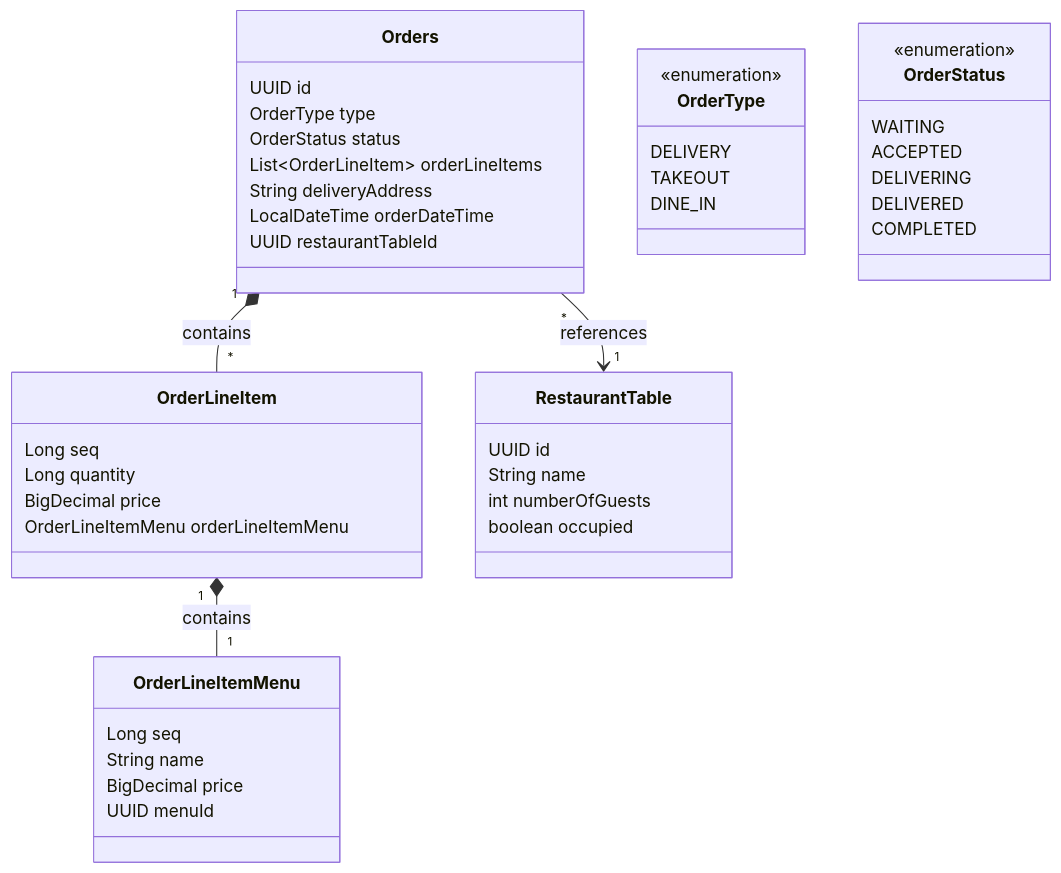
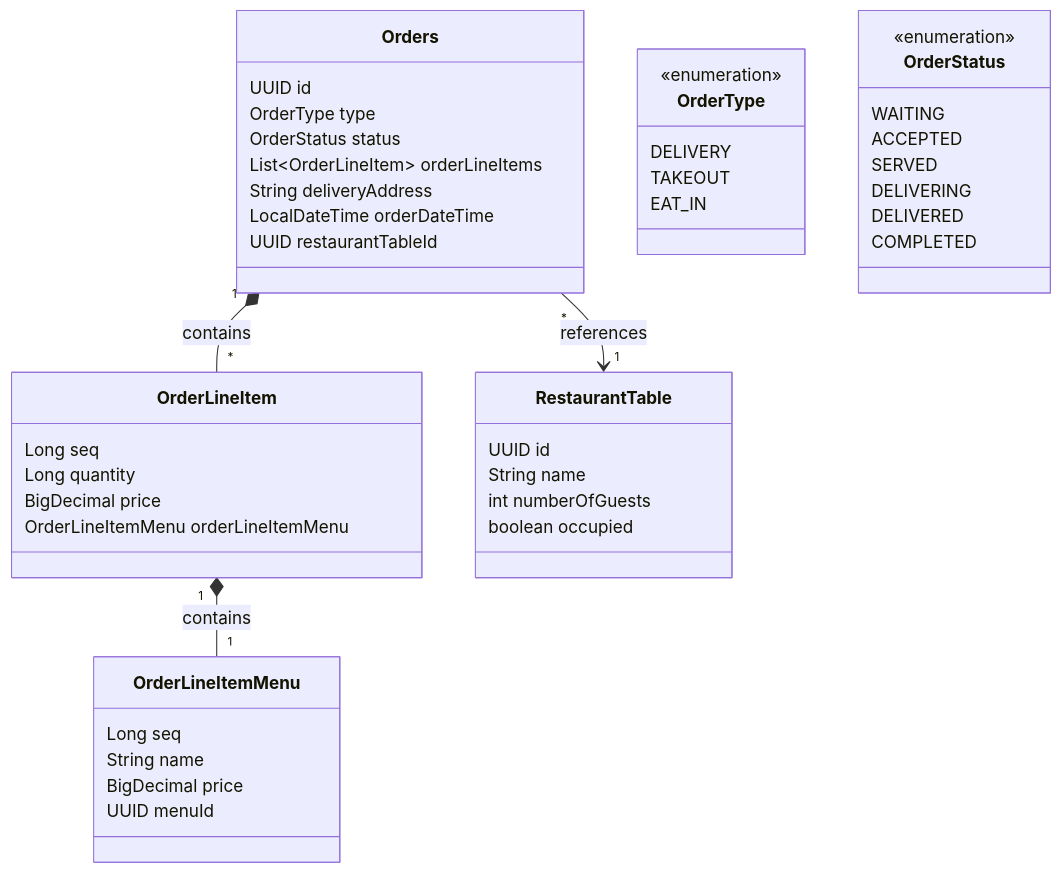
One commit to next-step/ddd-strategic-design changed the eighth of 33 diagrams in README.md. Above: the diagram before and after it, drawn with Mermaid. The commit also changed other lines of this file and 5 other files, not shown here.

````diff
--- a/README.md
+++ b/README.md
@@ -316,55 +427,50 @@
 ```mermaid
 classDiagram
     class Orders {
         UUID id
         OrderType type
         OrderStatus status
         List~OrderLineItem~ orderLineItems
         String deliveryAddress
         LocalDateTime orderDateTime
         UUID restaurantTableId
     }
-
     class OrderLineItem {
         Long seq
         Long quantity
         BigDecimal price
         OrderLineItemMenu orderLineItemMenu
     }
-
     class OrderLineItemMenu {
         Long seq
         String name
         BigDecimal price
         UUID menuId
     }
-
     class RestaurantTable {
         UUID id
         String name
         int numberOfGuests
         boolean occupied
     }
-
     %% 열거형 정의
     class OrderType {
         <<enumeration>>
         DELIVERY
         TAKEOUT
-        DINE_IN
+        EAT_IN
     }
-
     class OrderStatus {
         <<enumeration>>
         WAITING
         ACCEPTED
+        SERVED
         DELIVERING
         DELIVERED
         COMPLETED
     }
-
     %% 관계 정의
     Orders "*" --> "1" RestaurantTable : references
     Orders "1" *-- "*" OrderLineItem : contains
     OrderLineItem "1" *-- "1" OrderLineItemMenu : contains
 ```
````
